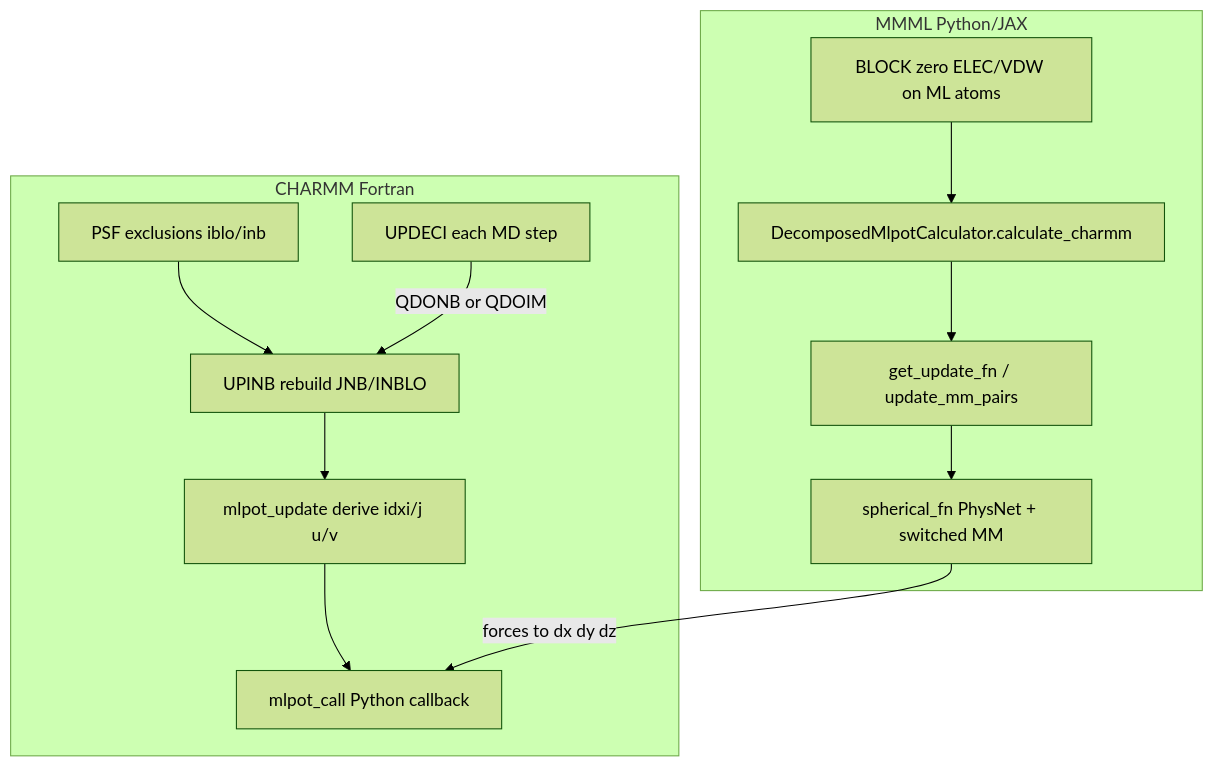
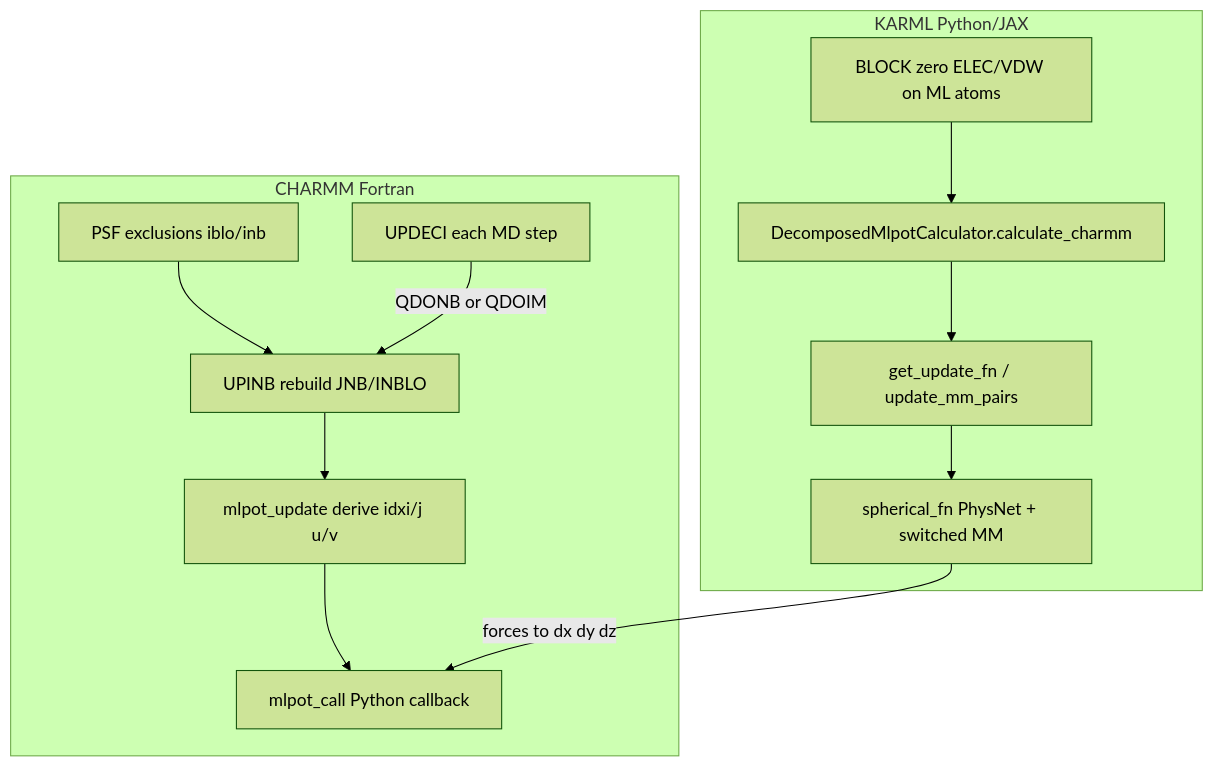
One commit to EricBoittier/mmml changed the first of 2 diagrams in karml/interfaces/pycharmmInterface/mlpot/NONBOND_LISTS.md. Above: the diagram before and after it, drawn with Mermaid (forest theme). The commit also changed other lines of this file and 2421 other files, not shown here.

First line of the commit message:
Refactor project references from MMML to KARML

````diff
--- a/karml/interfaces/pycharmmInterface/mlpot/NONBOND_LISTS.md
+++ b/karml/interfaces/pycharmmInterface/mlpot/NONBOND_LISTS.md
@@ -13,25 +13,25 @@
 ```mermaid
 flowchart TB
   subgraph charmm [CHARMM Fortran]
     PSF[PSF exclusions iblo/inb]
     UPINB[UPINB rebuild JNB/INBLO]
     UPDECI[UPDECI each MD step]
     MLPOTUPD[mlpot_update derive idxi/j u/v]
     MLPOTCALL[mlpot_call Python callback]
     PSF --> UPINB
     UPDECI -->|QDONB or QDOIM| UPINB
     UPINB --> MLPOTUPD
     MLPOTUPD --> MLPOTCALL
   end
 
-  subgraph python [MMML Python/JAX]
+  subgraph python [KARML Python/JAX]
     BLOCK[BLOCK zero ELEC/VDW on ML atoms]
     CALLBACK[DecomposedMlpotCalculator.calculate_charmm]
     UPDMM[get_update_fn / update_mm_pairs]
     JAX[spherical_fn PhysNet + switched MM]
     BLOCK --> CALLBACK
     CALLBACK --> UPDMM
     UPDMM --> JAX
     JAX -->|forces to dx dy dz| MLPOTCALL
   end
 ```
````
